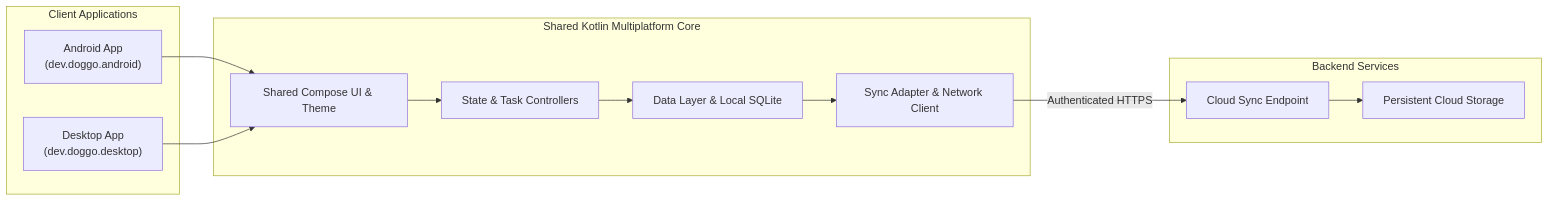
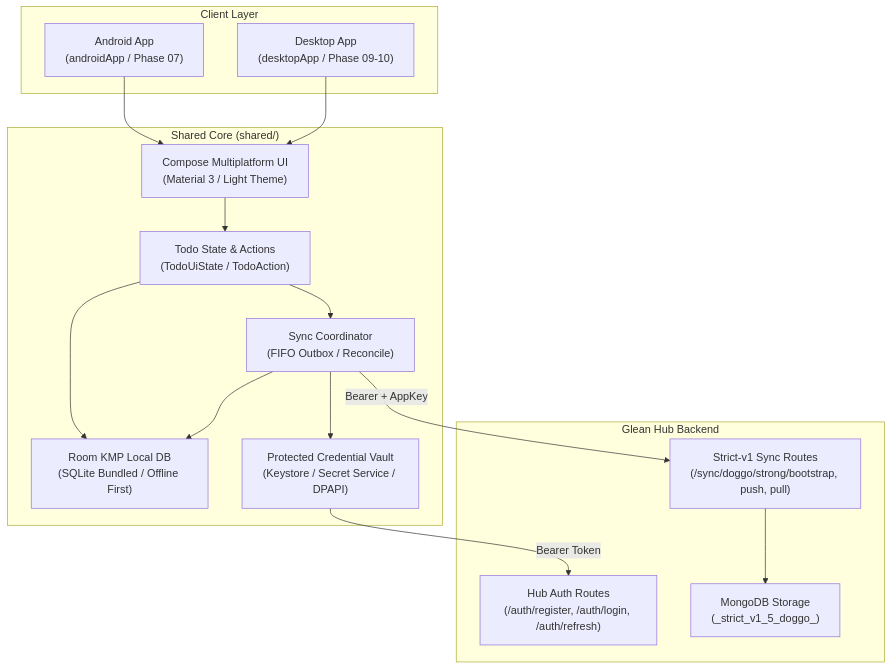
One commit to loidinhm31/tabby-rush changed the second of 2 diagrams in docs/system-architecture.md. Above: the diagram before and after it, drawn with Mermaid. The commit also changed other lines of this file and 50 other files, not shown here.

````diff
--- a/docs/system-architecture.md
+++ b/docs/system-architecture.md
@@ -105,27 +105,32 @@
 ```mermaid
-flowchart LR
-  subgraph Clients["Client Applications"]
-    AndroidApp["Android App\n(dev.doggo.android)"]
-    DesktopApp["Desktop App\n(dev.doggo.desktop)"]
+flowchart TD
+  subgraph ClientApp["Client Layer"]
+    AndroidApp["Android App\n(androidApp / Phase 07)"]
+    DesktopApp["Desktop App\n(desktopApp / Phase 09-10)"]
   end
 
-  subgraph SharedCore["Shared Kotlin Multiplatform Core"]
-    UI["Shared Compose UI & Theme"]
-    State["State & Task Controllers"]
-    Data["Data Layer & Local SQLite"]
-    Sync["Sync Adapter & Network Client"]
+  subgraph SharedKMP["Shared Core (shared/)"]
+    UI["Compose Multiplatform UI\n(Material 3 / Light Theme)"]
+    State["Todo State & Actions\n(TodoUiState / TodoAction)"]
+    Coordinator["Sync Coordinator\n(FIFO Outbox / Reconcile)"]
+    RoomDB["Room KMP Local DB\n(SQLite Bundled / Offline First)"]
+    Vault["Protected Credential Vault\n(Keystore / Secret Service / DPAPI)"]
   end
 
-  subgraph Backend["Backend Services"]
-    SyncEndpoint["Cloud Sync Endpoint"]
-    Database["Persistent Cloud Storage"]
+  subgraph HubBackend["Glean Hub Backend"]
+    AuthRoutes["Hub Auth Routes\n(/auth/register, /auth/login, /auth/refresh)"]
+    StrictSync["Strict-v1 Sync Routes\n(/sync/doggo/strong/bootstrap, push, pull)"]
+    MongoDB["MongoDB Storage\n(_strict_v1_5_doggo_<epoch>)"]
   end
 
   AndroidApp --> UI
   DesktopApp --> UI
   UI --> State
-  State --> Data
-  Data --> Sync
-  Sync -->|Authenticated HTTPS| SyncEndpoint
-  SyncEndpoint --> Database
+  State --> RoomDB
+  State --> Coordinator
+  Coordinator --> RoomDB
+  Coordinator --> Vault
+  Coordinator -->|Bearer + AppKey| StrictSync
+  Vault -->|Bearer Token| AuthRoutes
+  StrictSync --> MongoDB
 ```
````
